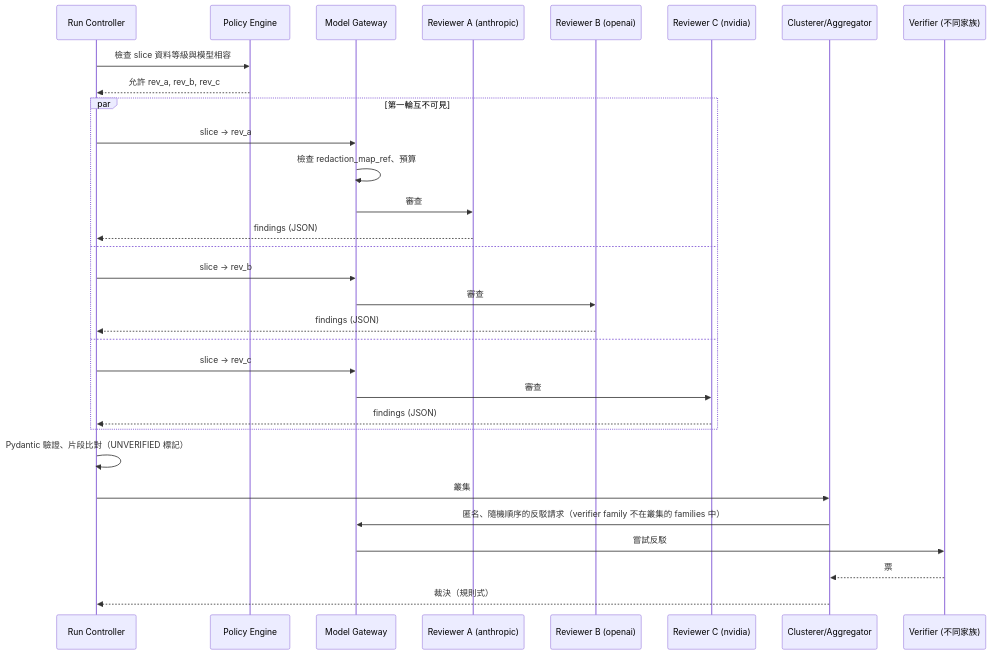
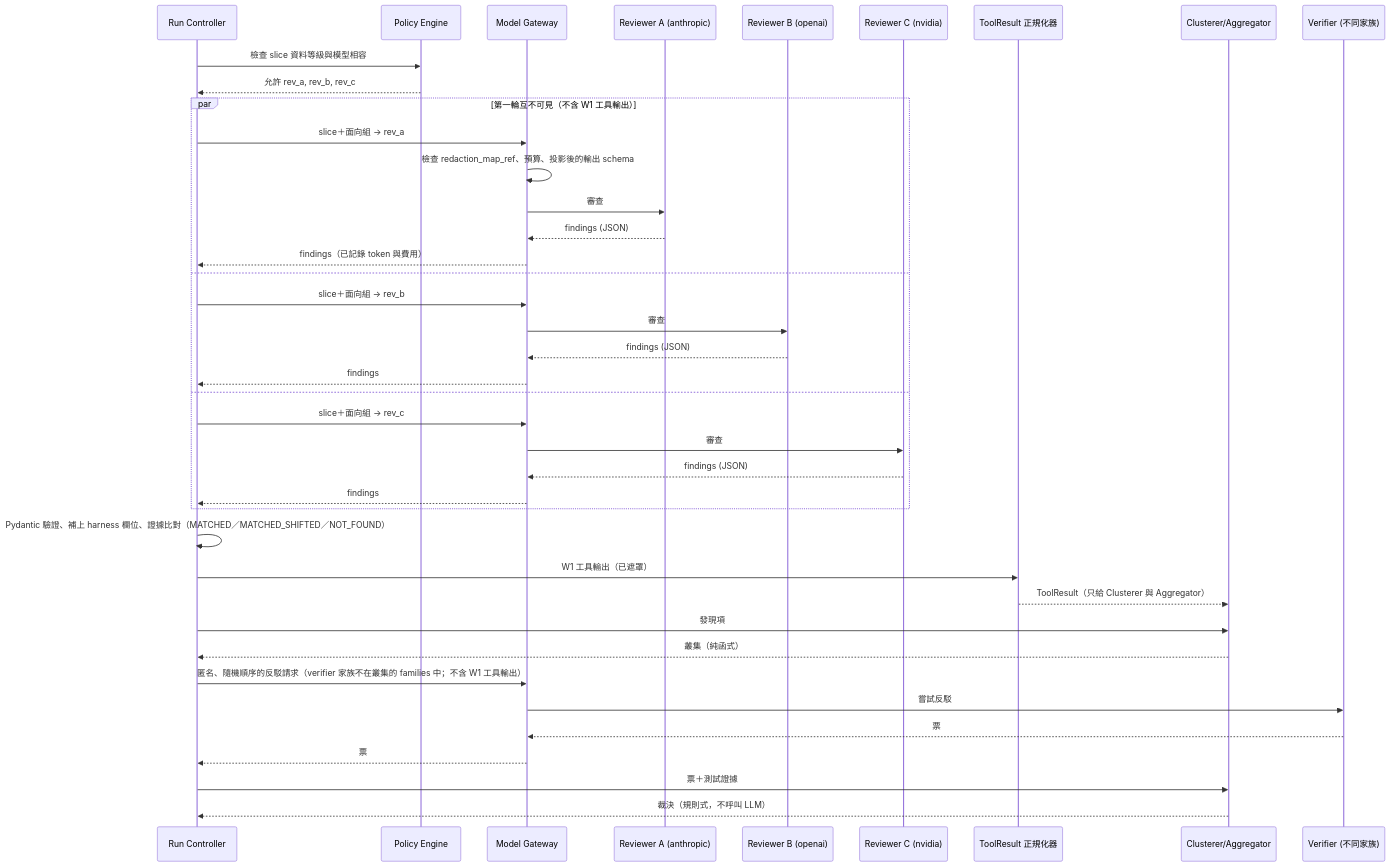
One commit to chinchiang/VibeCheckHarness changed the ninth of 11 diagrams in docs/03-system-architecture.md. Above: the diagram before and after it, drawn with Mermaid. The commit also changed other lines of this file, not shown here.

First line of the commit message:
Docs v0.3: architecture for typed commander views, gates and profiles

````diff
--- a/docs/03-system-architecture.md
+++ b/docs/03-system-architecture.md
@@ -1096,33 +1297,42 @@
 ```mermaid
 sequenceDiagram
   participant RC as Run Controller
   participant PE as Policy Engine
   participant GW as Model Gateway
   participant RA as Reviewer A (anthropic)
   participant RB as Reviewer B (openai)
   participant RN as Reviewer C (nvidia)
+  participant TN as ToolResult 正規化器
   participant AGG as Clusterer/Aggregator
   participant VF as Verifier (不同家族)
   RC->>PE: 檢查 slice 資料等級與模型相容
   PE-->>RC: 允許 rev_a, rev_b, rev_c
-  par 第一輪互不可見
-    RC->>GW: slice → rev_a
-    GW->>GW: 檢查 redaction_map_ref、預算
+  par 第一輪互不可見（不含 W1 工具輸出）
+    RC->>GW: slice＋面向組 → rev_a
+    GW->>GW: 檢查 redaction_map_ref、預算、投影後的輸出 schema
     GW->>RA: 審查
-    RA-->>RC: findings (JSON)
+    RA-->>GW: findings (JSON)
+    GW-->>RC: findings（已記錄 token 與費用）
   and
-    RC->>GW: slice → rev_b
+    RC->>GW: slice＋面向組 → rev_b
     GW->>RB: 審查
-    RB-->>RC: findings (JSON)
+    RB-->>GW: findings (JSON)
+    GW-->>RC: findings
   and
-    RC->>GW: slice → rev_c
+    RC->>GW: slice＋面向組 → rev_c
     GW->>RN: 審查
-    RN-->>RC: findings (JSON)
+    RN-->>GW: findings (JSON)
+    GW-->>RC: findings
   end
-  RC->>RC: Pydantic 驗證、片段比對（UNVERIFIED 標記）
-  RC->>AGG: 叢集
-  AGG->>GW: 匿名、隨機順序的反駁請求（verifier family 不在叢集的 families 中）
+  RC->>RC: Pydantic 驗證、補上 harness 欄位、證據比對（MATCHED／MATCHED_SHIFTED／NOT_FOUND）
+  RC->>TN: W1 工具輸出（已遮罩）
+  TN-->>AGG: ToolResult（只給 Clusterer 與 Aggregator）
+  RC->>AGG: 發現項
+  AGG-->>RC: 叢集（純函式）
+  RC->>GW: 匿名、隨機順序的反駁請求（verifier 家族不在叢集的 families 中；不含 W1 工具輸出）
   GW->>VF: 嘗試反駁
-  VF-->>AGG: 票
-  AGG-->>RC: 裁決（規則式）
+  VF-->>GW: 票
+  GW-->>RC: 票
+  RC->>AGG: 票＋測試證據
+  AGG-->>RC: 裁決（規則式，不呼叫 LLM）
 ```
````
